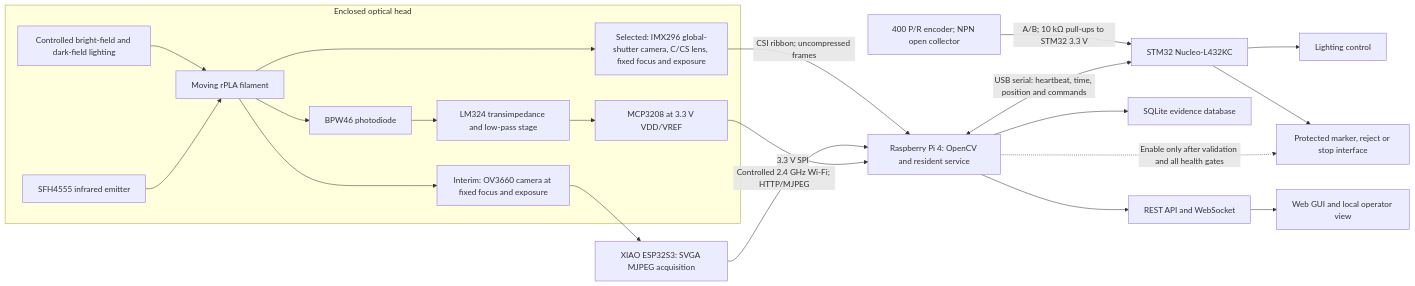
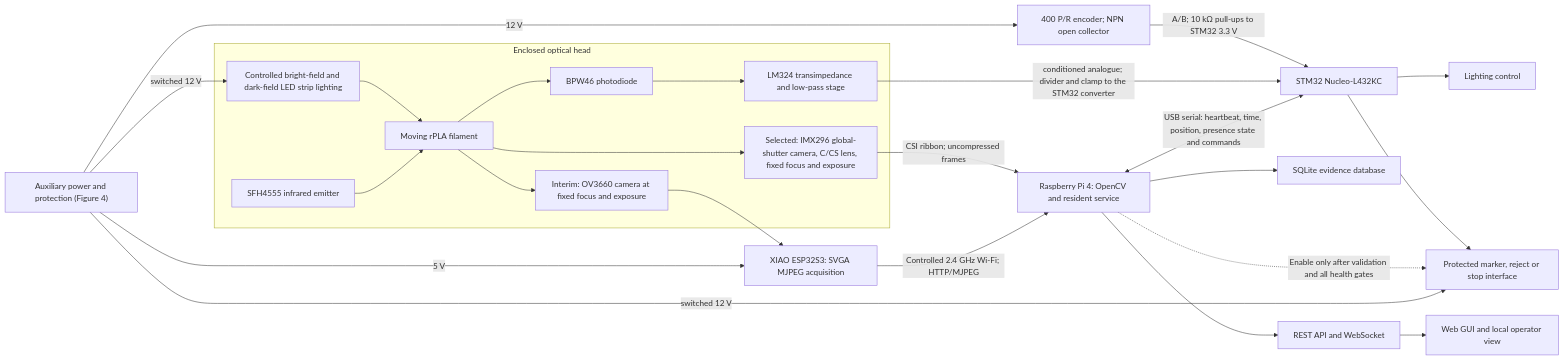
The first of 4 diagrams in paper_rewriting_output/ENG5105_Proposal_Design_Report_EN.md (wxy331-hub/eng5105-rpla-surface-quality), drawn with Mermaid before and after one commit. The commit also changed other lines of this file and 8 other files, not shown here.

First line of the commit message:
Restore strip lighting, move the optical channel to the STM32, rewrite the register

````diff
--- a/paper_rewriting_output/ENG5105_Proposal_Design_Report_EN.md
+++ b/paper_rewriting_output/ENG5105_Proposal_Design_Report_EN.md
@@ -214,29 +216,33 @@
 ```mermaid
 flowchart LR
     subgraph OH["Enclosed optical head"]
         F["Moving rPLA filament"]
-        L["Controlled bright-field and dark-field lighting"]
+        L["Controlled bright-field and dark-field LED strip lighting"]
         CA["Selected: IMX296 global-shutter camera, C/CS lens, fixed focus and exposure"]
         CB["Interim: OV3660 camera at fixed focus and exposure"]
         IR["SFH4555 infrared emitter"]
         PD["BPW46 photodiode"]
         AF["LM324 transimpedance and low-pass stage"]
-        ADC["MCP3208 at 3.3 V VDD/VREF"]
         F --> CA
         F --> CB
         L --> F
-        IR --> F --> PD --> AF --> ADC
+        IR --> F --> PD --> AF
     end
     CA -->|"CSI ribbon; uncompressed frames"| P["Raspberry Pi 4: OpenCV and resident service"]
     CB --> E["XIAO ESP32S3: SVGA MJPEG acquisition"]
     E -->|"Controlled 2.4 GHz Wi-Fi; HTTP/MJPEG"| P
-    ADC -->|"3.3 V SPI"| P
     EN["400 P/R encoder; NPN open collector"] -->|"A/B; 10 kΩ pull-ups to STM32 3.3 V"| S["STM32 Nucleo-L432KC"]
-    P <-->|"USB serial: heartbeat, time, position and commands"| S
+    AF -->|"conditioned analogue; divider and clamp to the STM32 converter"| S
+    P <-->|"USB serial: heartbeat, time, position, presence state and commands"| S
     P --> D["SQLite evidence database"]
     P --> A["REST API and WebSocket"]
     A --> G["Web GUI and local operator view"]
     S --> LC["Lighting control"]
     S --> O["Protected marker, reject or stop interface"]
     P -. "Enable only after validation and all health gates" .-> O
+    PWR["Auxiliary power and protection (Figure 4)"]
+    PWR -->|"5 V"| E
+    PWR -->|"switched 12 V"| O
+    PWR -->|"switched 12 V"| L
+    PWR -->|"12 V"| EN
 ```
````
